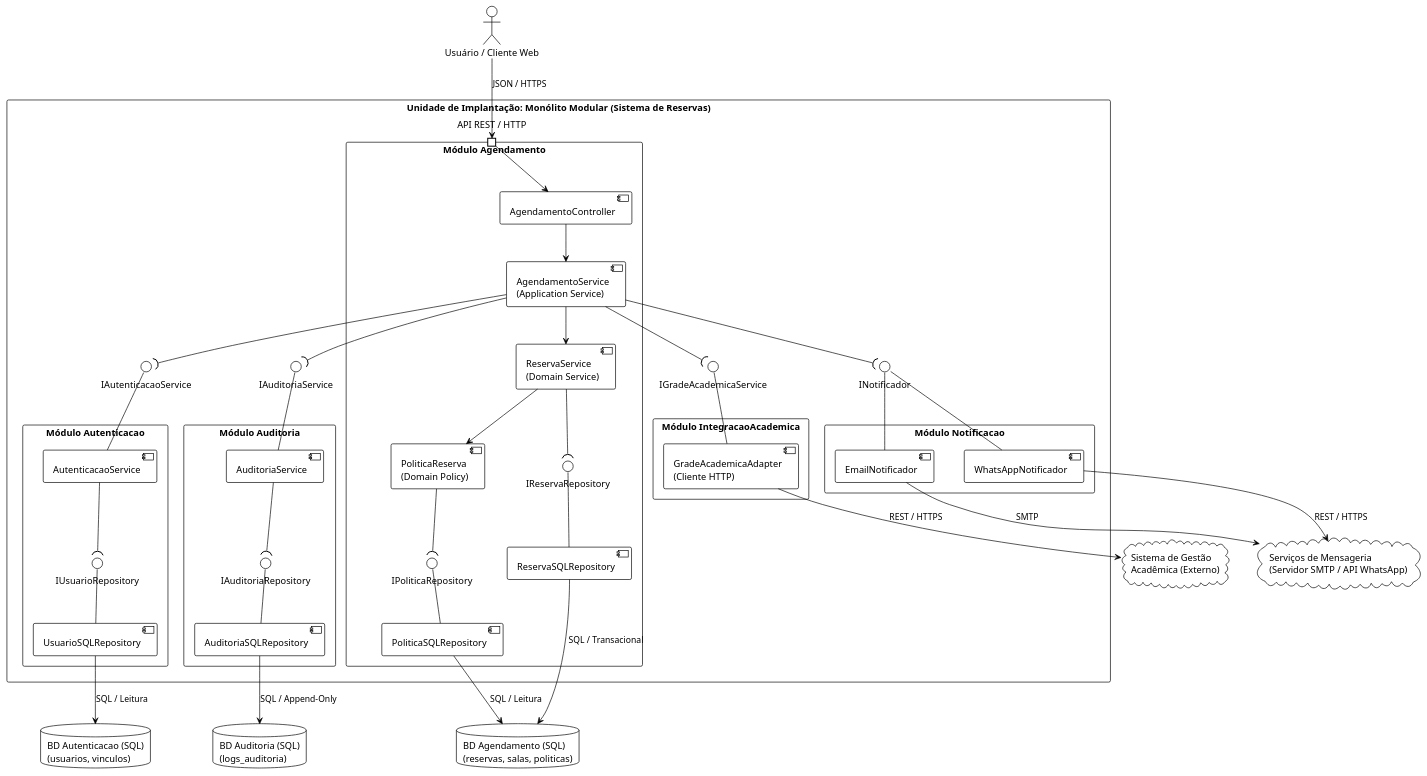
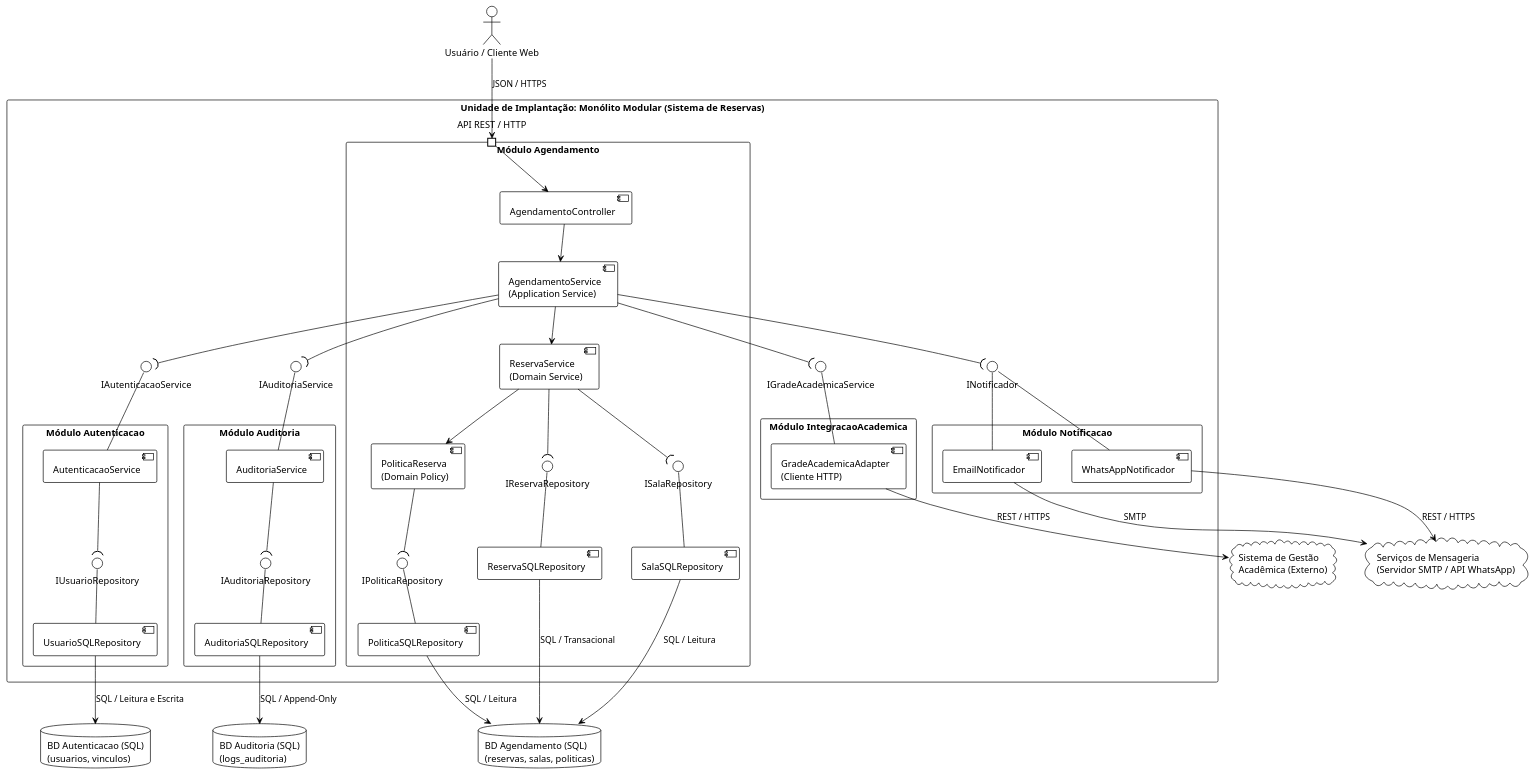
Before and after one commit to Andre-Grassi/Trabalho-Design-de-Software: the diagram in docs/diagrama/D-pacotes.puml, drawn with PlantUML. The commit also changed 1 other file, not shown here.

Commit message:
fix: add ISalaRepository on D-pacotes diagram

```diff
--- a/docs/diagrama/D-pacotes.puml
+++ b/docs/diagrama/D-pacotes.puml
@@ -1,108 +1,114 @@
 @startuml
 !theme plain
 skinparam componentStyle uml2
 skinparam packageStyle rectangle
 skinparam nodesep 45
 skinparam ranksep 55
 
 actor "Usuário / Cliente Web" as Cliente
 
 package "Unidade de Implantação: Monólito Modular (Sistema de Reservas)" {
 
   ' === MÓDULO AGENDAMENTO ===
   package "Módulo Agendamento" as ModAgendamento {
     portin "API REST / HTTP" as PortHTTP
     
     component "AgendamentoController" as CompController
     component "AgendamentoService\n(Application Service)" as CompAgendService
     component "ReservaService\n(Domain Service)" as CompReservaService
     component "PoliticaReserva\n(Domain Policy)" as CompPolitica
     component "ReservaSQLRepository" as CompReservaSQL
+    component "SalaSQLRepository" as CompSalaSQL
     component "PoliticaSQLRepository" as CompPoliticaSQL
 
     interface "IReservaRepository" as IResRepo
+    interface "ISalaRepository" as ISalaRepo
     interface "IPoliticaRepository" as IPolRepo
 
     PortHTTP --> CompController
     CompController --> CompAgendService
     CompAgendService --> CompReservaService
     CompReservaService --> CompPolitica
 
     CompReservaSQL -up- IResRepo
     CompReservaService --( IResRepo
+
+    CompSalaSQL -up- ISalaRepo
+    CompReservaService --( ISalaRepo
 
     CompPoliticaSQL -up- IPolRepo
     CompPolitica --( IPolRepo
   }
 
   ' === INTERFACES PÚBLICAS INTER-MÓDULOS ===
   interface "IAutenticacaoService" as IAuth
   interface "IAuditoriaService" as IAudit
   interface "IGradeAcademicaService" as IGrade
   interface "INotificador" as INotif
 
   ' === MÓDULO AUTENTICAÇÃO ===
   package "Módulo Autenticacao" as ModAuth {
     component "AutenticacaoService" as CompAuthService
     component "UsuarioSQLRepository" as CompUserSQL
     interface "IUsuarioRepository" as IUserRepo
 
     CompUserSQL -up- IUserRepo
     CompAuthService --( IUserRepo
   }
 
   ' === MÓDULO AUDITORIA ===
   package "Módulo Auditoria" as ModAudit {
     component "AuditoriaService" as CompAuditService
     component "AuditoriaSQLRepository" as CompAuditSQL
     interface "IAuditoriaRepository" as IAuditRepo
 
     CompAuditSQL -up- IAuditRepo
     CompAuditService --( IAuditRepo
   }
 
   ' === MÓDULO INTEGRAÇÃO ACADÊMICA ===
   package "Módulo IntegracaoAcademica" as ModAcad {
     component "GradeAcademicaAdapter\n(Cliente HTTP)" as CompGradeAdapter
   }
 
   ' === MÓDULO NOTIFICAÇÃO ===
   package "Módulo Notificacao" as ModNotif {
     component "EmailNotificador" as CompEmail
     component "WhatsAppNotificador" as CompWhats
   }
 
   ' === CONEXÕES BALL-AND-SOCKET ENTRE MÓDULOS ===
   CompAuthService -up- IAuth
   CompAuditService -up- IAudit
   CompGradeAdapter -up- IGrade
   CompEmail -up- INotif
   CompWhats -up- INotif
 
   CompAgendService --( IAuth
   CompAgendService --( IAudit
   CompAgendService --( IGrade
   CompAgendService --( INotif
 }
 
 ' === BANCOS DE DADOS ISOLADOS POR MÓDULO ===
 database "BD Agendamento (SQL)\n(reservas, salas, politicas)" as DBAgendamento
 database "BD Autenticacao (SQL)\n(usuarios, vinculos)" as DBAuth
 database "BD Auditoria (SQL)\n(logs_auditoria)" as DBAudit
 
 ' === SISTEMAS EXTERNOS ===
 cloud "Sistema de Gestão\nAcadêmica (Externo)" as APIAcademica
 cloud "Serviços de Mensageria\n(Servidor SMTP / API WhatsApp)" as APINotif
 
 ' === LIGAÇÕES EXTERNAS ===
 Cliente --> PortHTTP : JSON / HTTPS
 
 CompReservaSQL --> DBAgendamento : SQL / Transacional
+CompSalaSQL --> DBAgendamento : SQL / Leitura
 CompPoliticaSQL --> DBAgendamento : SQL / Leitura
-CompUserSQL --> DBAuth : SQL / Leitura
+CompUserSQL --> DBAuth : SQL / Leitura e Escrita
 CompAuditSQL --> DBAudit : SQL / Append-Only
 
 CompGradeAdapter --> APIAcademica : REST / HTTPS
 CompEmail --> APINotif : SMTP
 CompWhats --> APINotif : REST / HTTPS
 @enduml
```
